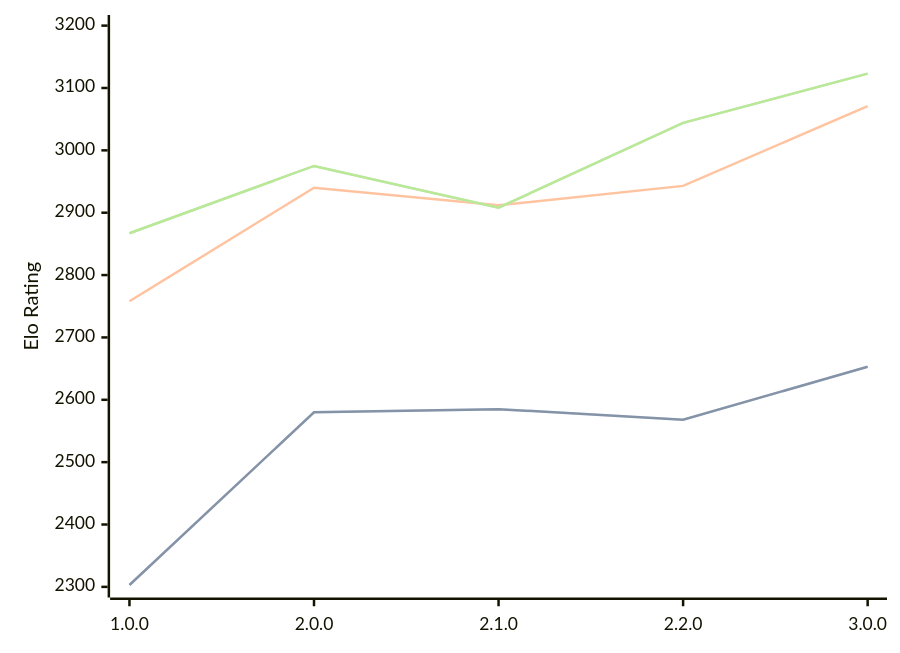
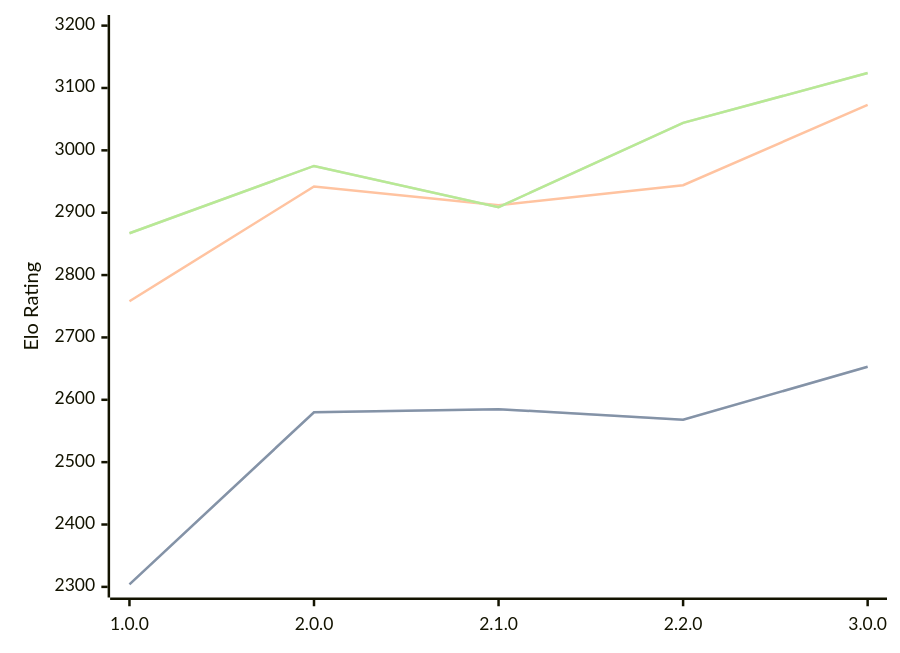
The third of 3 diagrams in engines/Catalyst.md (computer-chess-index/cci), drawn with Mermaid before and after one commit. The commit also changed other lines of this file, not shown here.

Commit message:
Update CCI Ratings (ELO VLTC) - 2026-07-13

````diff
--- a/engines/Catalyst.md
+++ b/engines/Catalyst.md
@@ -69,11 +69,11 @@
 ```mermaid
 %%{init: {"theme":"base","themeVariables":{"seriesColors:['#a3a3a3','#222221','#faa371']}}}%%
 xychart-beta
   x-axis ["1.0.0", "2.0.0", "2.1.0", "2.2.0", "3.0.0"]
   y-axis "Elo Rating" 2300 --> 3200
-  line "STC (8.0+0.08s)" [2303, 2580, 2585, 2568, 2653]
-  line "STC (8.0+0.08s)" [2303, 2580, 2585, 2568, 2653]
-  line "LTC (60.0+0.60s)" [2758, 2940, 2912, 2943, 3071]
-  line "VLTC (2m24s+1.12s)" [2867, 2975, 2908, 3044, 3123]
-  line "VLTC (2m24s+1.12s)" [2867, 2975, 2908, 3044, 3123]
+  line "STC (8.0+0.08s)" [2304, 2580, 2585, 2568, 2653]
+  line "STC (8.0+0.08s)" [2304, 2580, 2585, 2568, 2653]
+  line "LTC (60.0+0.60s)" [2758, 2942, 2912, 2944, 3073]
+  line "VLTC (2m24s+1.12s)" [2867, 2975, 2909, 3044, 3124]
+  line "VLTC (2m24s+1.12s)" [2867, 2975, 2909, 3044, 3124]
 ```
````
